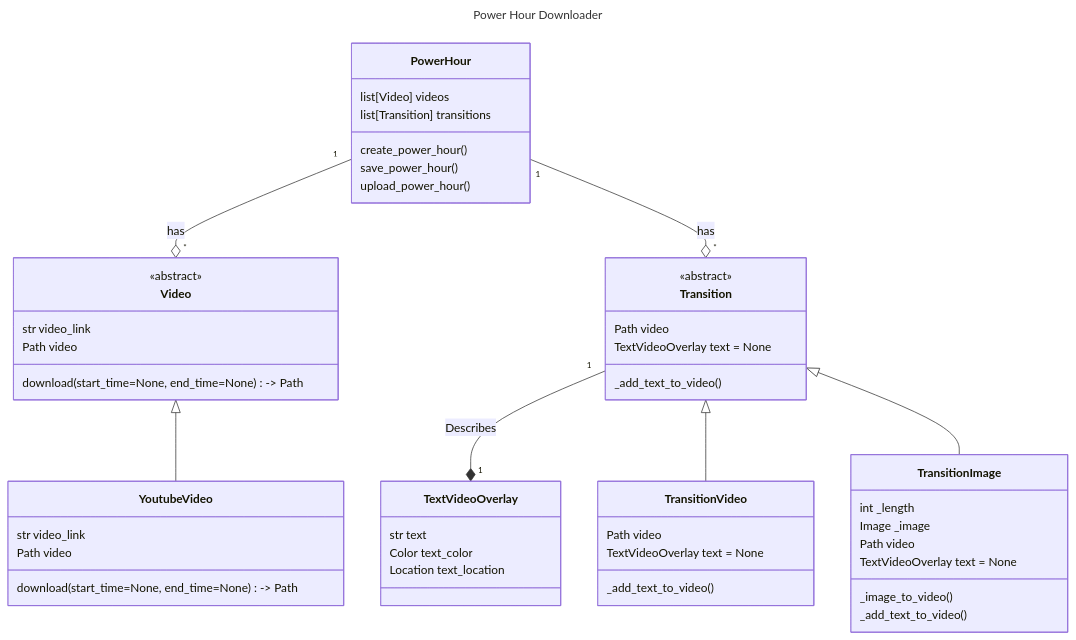
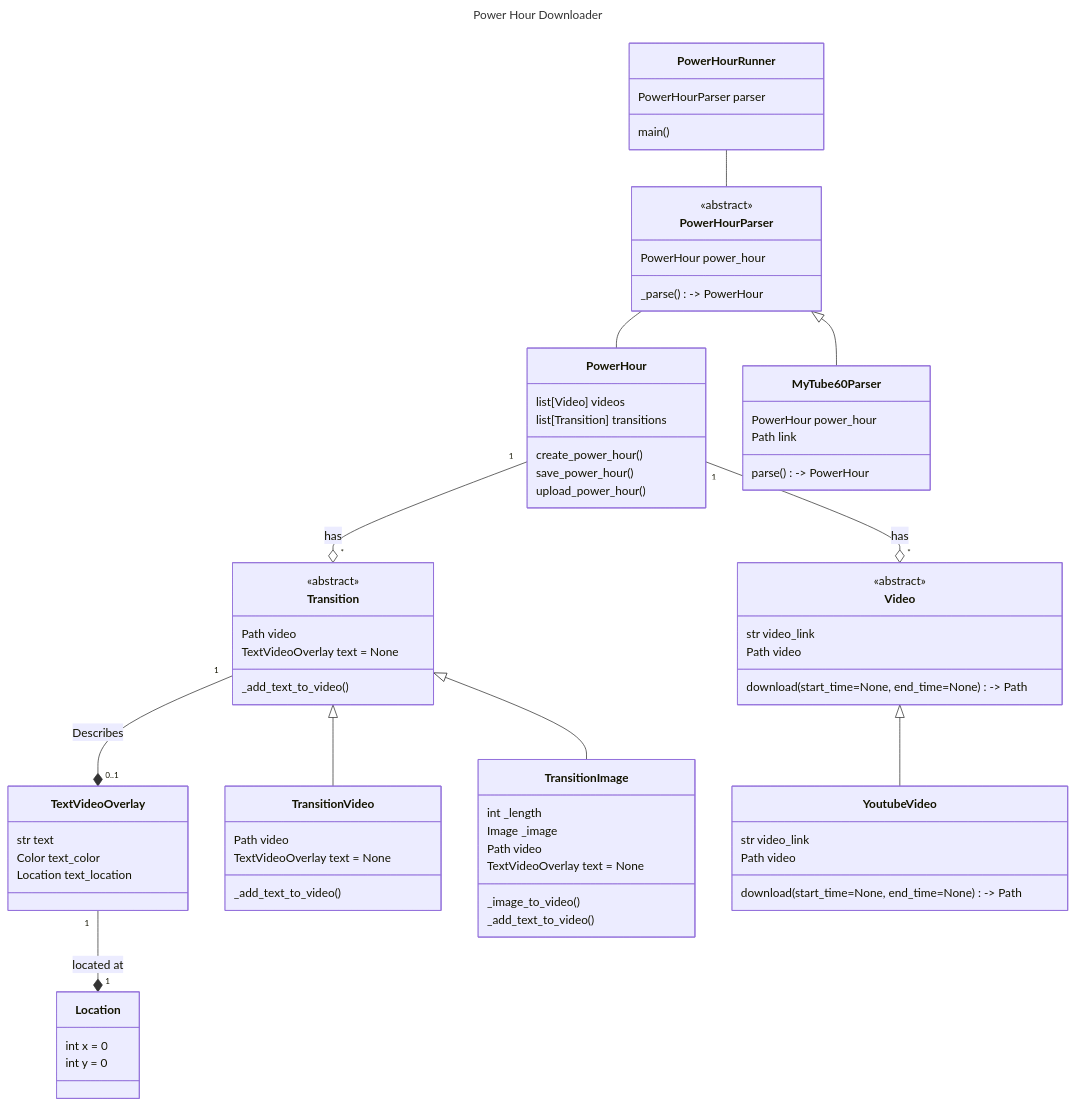
Before and after one commit to tjander3/PowerHourDownloader: the diagram in class-diagram.md, drawn with Mermaid.

Commit message:
add in more of the class

```diff
--- a/class-diagram.md
+++ b/class-diagram.md
@@ -4,6 +4,13 @@
 ---
 %% The details of mermaid classDiagram are found here: https://mermaid.js.org/syntax/classDiagram.html
 classDiagram
+    PowerHourRunner -- PowerHourParser
+    class PowerHourRunner {
+        PowerHourParser parser
+
+        main()
+    }
+
     PowerHour "1" --o "*" Video: has
     PowerHour "1" --o "*" Transition: has
     class PowerHour {
@@ -15,16 +22,38 @@
         upload_power_hour()
     }
 
+    PowerHourParser -- PowerHour
+    class PowerHourParser {
+        <<abstract>>
+        PowerHour power_hour
+
+        _parse() -> PowerHour
+    }
+
+    PowerHourParser <|-- MyTube60Parser
+    class MyTube60Parser {
+        PowerHour power_hour
+        Path link
+
+        parse() -> PowerHour
+    }
+
+    class Location {
+        %% Coordinates for where TextOverlay will be placed
+        %% Default should be the center of the screen
+        int x = 0
+        int y = 0
+    }
+
+
+    TextVideoOverlay "1" --* "1" Location : located at
     class TextVideoOverlay {
         str text
-        %% TODO how will i represent color
         Color text_color
-        %% TODO how will i represent location?
         Location text_location
     }
 
-    %% TODO 1 to 0..1
-    Transition "1" --* "1" TextVideoOverlay : Describes
+    Transition "1" --* "0..1" TextVideoOverlay : Describes
     class Transition {
         <<abstract>>
         Path video
```
